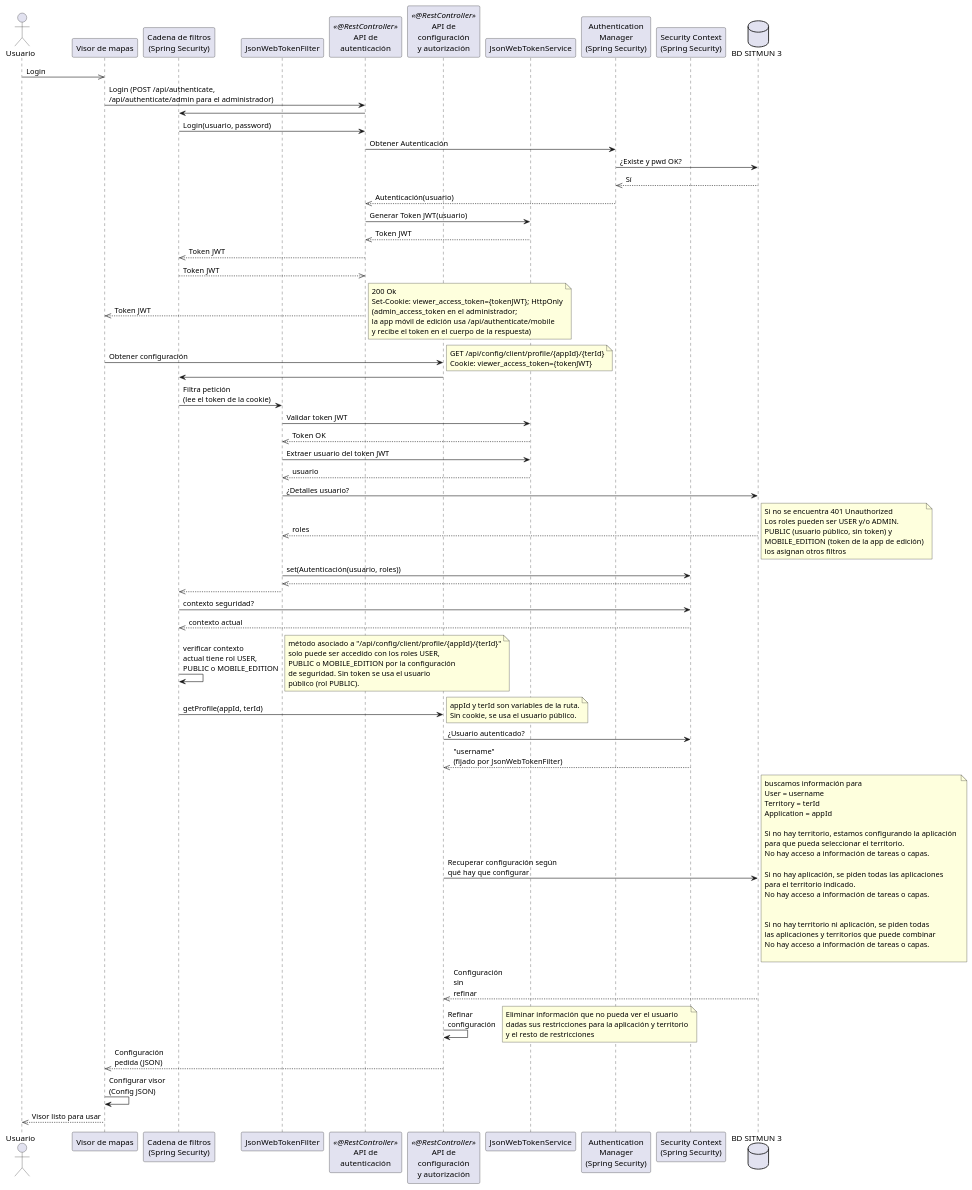
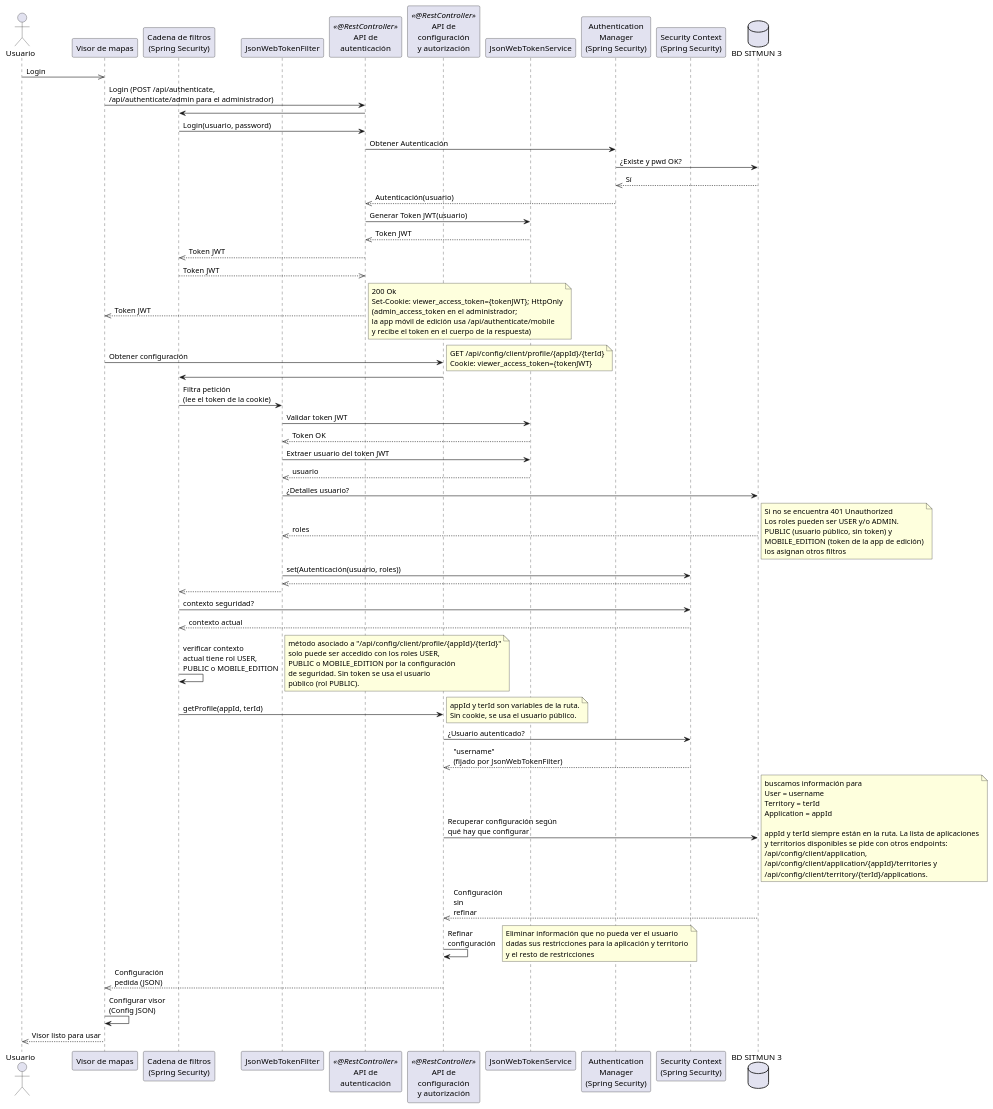
One commit to sitmun/sitmun.github.io changed the second of 6 diagrams in docs/que-es-sitmun/plataforma/arquitectura/index.md. Above: the diagram before and after it, drawn with PlantUML. The commit also changed other lines of this file and 4 other files, not shown here.

```diff
--- a/docs/que-es-sitmun/plataforma/arquitectura/index.md
+++ b/docs/que-es-sitmun/plataforma/arquitectura/index.md
@@ -416,19 +418,11 @@
   Territory = terId
   Application = appId
 
-  Si no hay territorio, estamos configurando la aplicación 
-  para que pueda seleccionar el territorio. 
-  No hay acceso a información de tareas o capas.
-  
-  Si no hay aplicación, se piden todas las aplicaciones
-  para el territorio indicado.
-  No hay acceso a información de tareas o capas.
-
-
-  Si no hay territorio ni aplicación, se piden todas 
-  las aplicaciones y territorios que puede combinar
-  No hay acceso a información de tareas o capas.
-
+  appId y terId siempre están en la ruta. La lista de aplicaciones
+  y territorios disponibles se pide con otros endpoints:
+  /api/config/client/application,
+  /api/config/client/application/{appId}/territories y
+  /api/config/client/territory/{terId}/applications.
 end note
 Database -->> ConfigurationAPI: Configuración\nsin\nrefinar
 ConfigurationAPI -> ConfigurationAPI: Refinar\nconfiguración 
```
